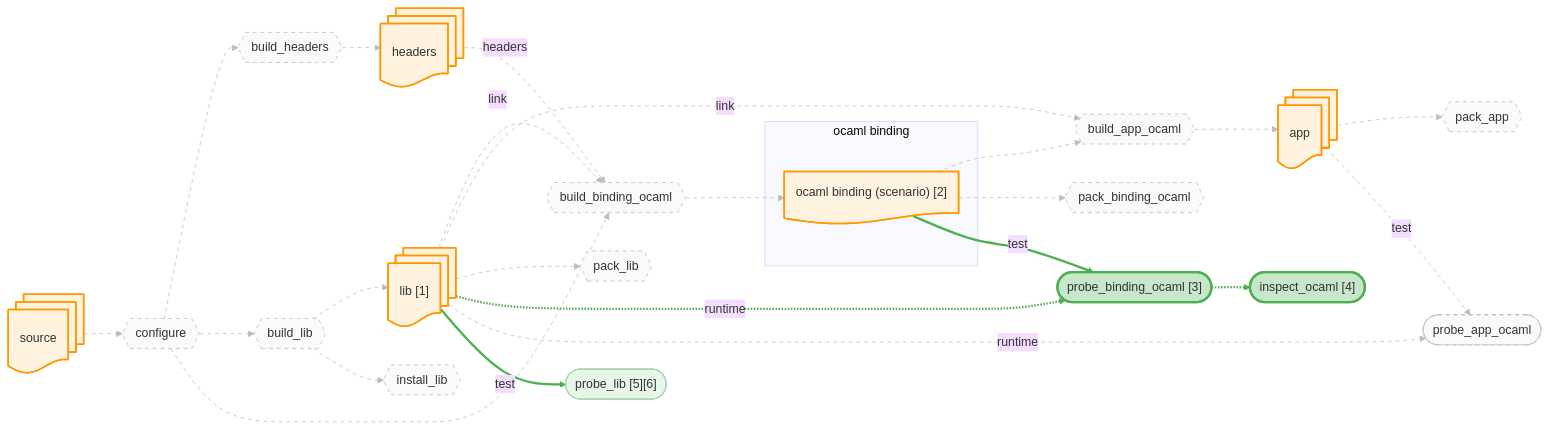
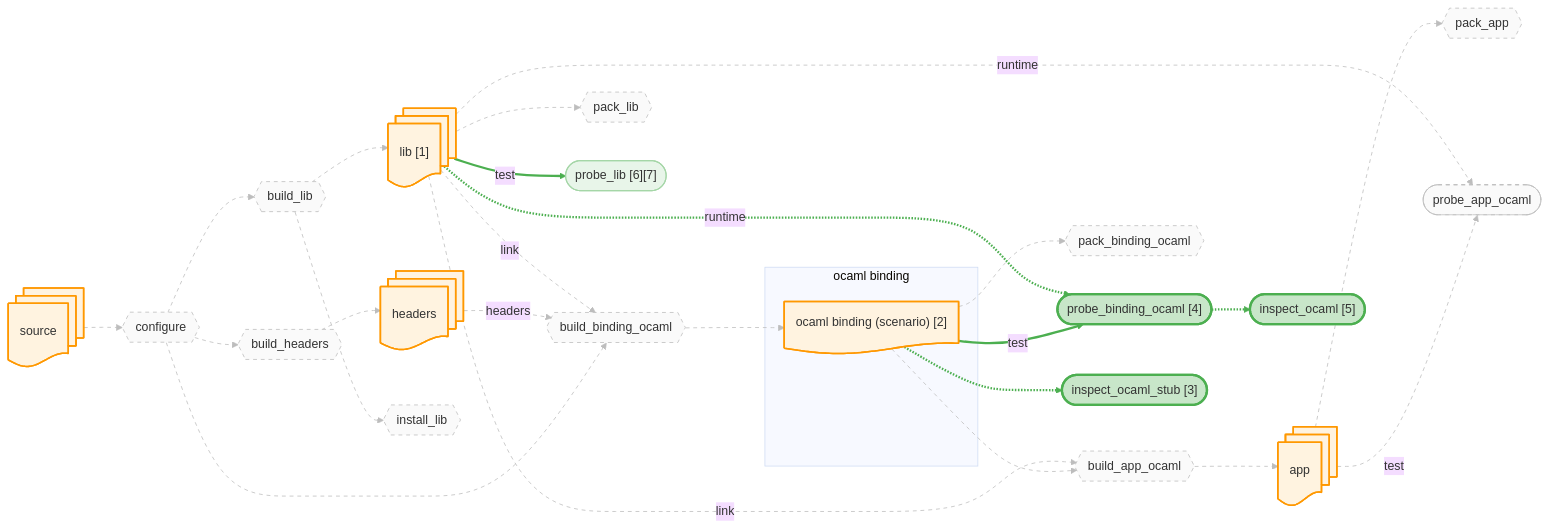
Before and after one commit to JHU-PL-Lab/tola: the diagram in docs/canary/projects/cairo/-run/diagrams/binding_ocaml.mmd, drawn with Mermaid (base theme). The commit also changed 129 other files, not shown here.

```diff
--- a/docs/canary/projects/cairo/-run/diagrams/binding_ocaml.mmd
+++ b/docs/canary/projects/cairo/-run/diagrams/binding_ocaml.mmd
@@ -1,91 +1,95 @@
 %% view: binding_ocaml
 graph LR
     source_node@{ shape: docs, label: "source" }
     headers_node@{ shape: docs, label: "headers" }
     lib_node@{ shape: docs, label: "lib [1]" }
     app_node@{ shape: docs, label: "app" }
     subgraph ocaml_binding_sg ["ocaml binding"]
       ocaml_binding_fetch_node@{ shape: doc, label: "ocaml binding (scenario) [2]" }
     end
 
     A_configure{{"configure"}}
     A_build_headers{{"build_headers"}}
     A_build_lib{{"build_lib"}}
     A_build_binding_ocaml{{"build_binding_ocaml"}}
     A_build_app_ocaml{{"build_app_ocaml"}}
     A_install_lib{{"install_lib"}}
     A_pack_binding_ocaml{{"pack_binding_ocaml"}}
     A_pack_lib{{"pack_lib"}}
     A_pack_app{{"pack_app"}}
-    A_probe_binding_ocaml(["probe_binding_ocaml [3]"])
+    A_probe_binding_ocaml(["probe_binding_ocaml [4]"])
     A_probe_app_ocaml(["probe_app_ocaml"])
-    A_probe_lib(["probe_lib [5][6]"])
-    A_probe_binding_ocaml_inspect(["inspect_ocaml [4]"])
+    A_probe_lib(["probe_lib [6][7]"])
+    A_fetch_binding_ocaml_stub_inspect(["inspect_ocaml_stub [3]"])
+    A_probe_binding_ocaml_inspect(["inspect_ocaml [5]"])
 
     source_node --> A_configure
     A_configure --> A_build_headers
     A_build_headers --> headers_node
     A_configure --> A_build_lib
     A_build_lib --> lib_node
     A_configure --> A_build_binding_ocaml
     headers_node -.->|headers| A_build_binding_ocaml
     lib_node -.->|link| A_build_binding_ocaml
     A_build_binding_ocaml --> ocaml_binding_fetch_node
     ocaml_binding_fetch_node --> A_build_app_ocaml
     lib_node -.->|link| A_build_app_ocaml
     A_build_app_ocaml --> app_node
     A_build_lib --> A_install_lib
     ocaml_binding_fetch_node --> A_pack_binding_ocaml
     lib_node --> A_pack_lib
     app_node --> A_pack_app
     ocaml_binding_fetch_node -->|test| A_probe_binding_ocaml
     lib_node -.->|runtime| A_probe_binding_ocaml
     app_node -->|test| A_probe_app_ocaml
     lib_node -.->|runtime| A_probe_app_ocaml
     lib_node -->|test| A_probe_lib
+    ocaml_binding_fetch_node -.-> A_fetch_binding_ocaml_stub_inspect
     A_probe_binding_ocaml -.-> A_probe_binding_ocaml_inspect
 
     classDef artifact fill:#fff3e0,stroke:#ff9800,stroke-width:2px
     classDef action fill:#f3e5f5,stroke:#9c27b0,stroke-width:2px
     classDef st_done fill:#c8e6c9,stroke:#4caf50,stroke-width:3px
     classDef st_done_ctx fill:#e8f5e9,stroke:#a5d6a7,stroke-width:1.5px
     classDef st_expected_fail fill:#fff9c4,stroke:#f9a825,stroke-width:2px
     classDef st_failed fill:#ffcdd2,stroke:#c62828,stroke-width:2px
     classDef st_skipped fill:#f5f5f5,stroke:#9e9e9e,stroke-dasharray:5
     classDef st_nospec fill:#fafafa,stroke:#bdbdbd,stroke-dasharray:5
     class source_node,headers_node,lib_node,app_node,ocaml_binding_fetch_node artifact
     class A_configure st_nospec
     class A_build_headers st_nospec
     class A_build_lib st_nospec
     class A_build_binding_ocaml st_nospec
     class A_build_app_ocaml st_nospec
     class A_install_lib st_nospec
     class A_pack_binding_ocaml st_nospec
     class A_pack_lib st_nospec
     class A_pack_app st_nospec
     class A_probe_binding_ocaml st_done
     class A_probe_app_ocaml st_nospec
     class A_probe_lib st_done_ctx
+    class A_fetch_binding_ocaml_stub_inspect st_done
     class A_probe_binding_ocaml_inspect st_done
     linkStyle 0 stroke:#bdbdbd,stroke-width:1px,stroke-dasharray:5
     linkStyle 1 stroke:#bdbdbd,stroke-width:1px,stroke-dasharray:5
     linkStyle 2 stroke:#bdbdbd,stroke-width:1px,stroke-dasharray:5
     linkStyle 3 stroke:#bdbdbd,stroke-width:1px,stroke-dasharray:5
     linkStyle 4 stroke:#bdbdbd,stroke-width:1px,stroke-dasharray:5
     linkStyle 5 stroke:#bdbdbd,stroke-width:1px,stroke-dasharray:5
     linkStyle 6 stroke:#bdbdbd,stroke-width:1px,stroke-dasharray:5
     linkStyle 7 stroke:#bdbdbd,stroke-width:1px,stroke-dasharray:5
     linkStyle 8 stroke:#bdbdbd,stroke-width:1px,stroke-dasharray:5
     linkStyle 9 stroke:#bdbdbd,stroke-width:1px,stroke-dasharray:5
     linkStyle 10 stroke:#bdbdbd,stroke-width:1px,stroke-dasharray:5
     linkStyle 11 stroke:#bdbdbd,stroke-width:1px,stroke-dasharray:5
     linkStyle 12 stroke:#bdbdbd,stroke-width:1px,stroke-dasharray:5
     linkStyle 13 stroke:#bdbdbd,stroke-width:1px,stroke-dasharray:5
     linkStyle 14 stroke:#bdbdbd,stroke-width:1px,stroke-dasharray:5
     linkStyle 15 stroke:#bdbdbd,stroke-width:1px,stroke-dasharray:5
     linkStyle 16 stroke:#4caf50,stroke-width:3px
     linkStyle 17 stroke:#4caf50,stroke-width:3px
     linkStyle 18 stroke:#bdbdbd,stroke-width:1px,stroke-dasharray:5
     linkStyle 19 stroke:#bdbdbd,stroke-width:1px,stroke-dasharray:5
     linkStyle 20 stroke:#4caf50,stroke-width:3px
     linkStyle 21 stroke:#4caf50,stroke-width:3px
+    linkStyle 22 stroke:#4caf50,stroke-width:3px
```
